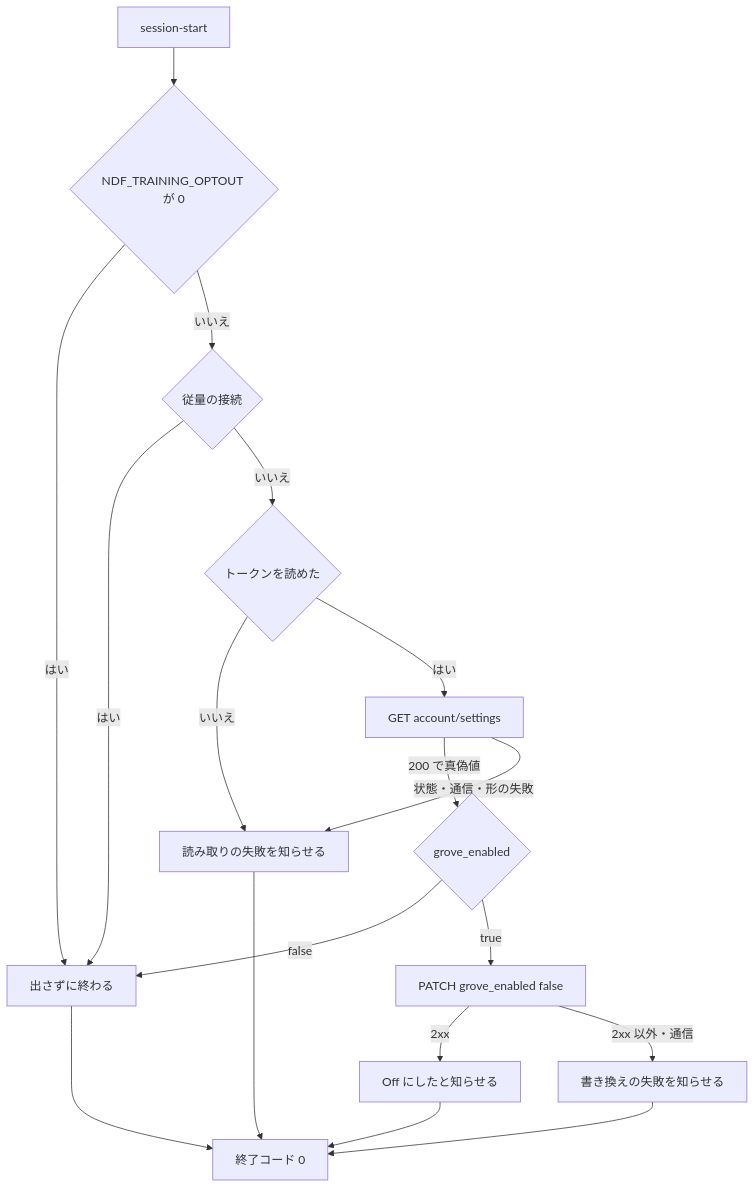
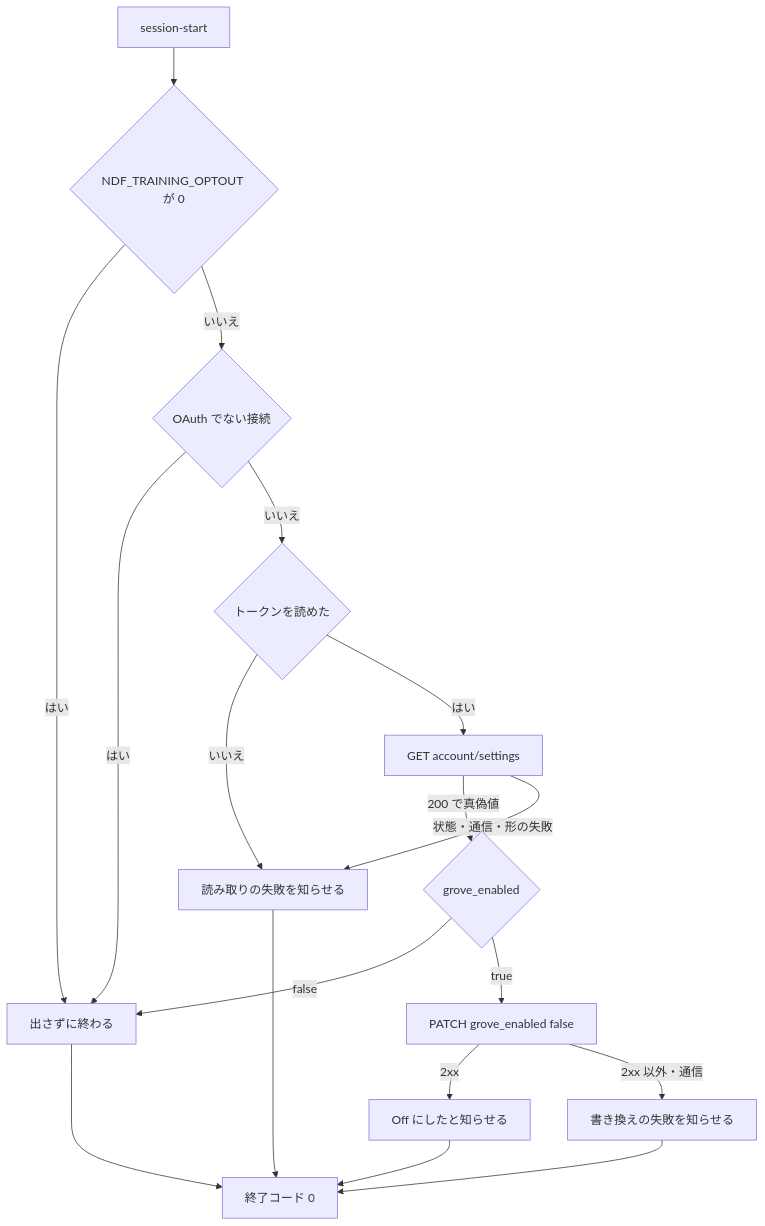
The fourth of 4 diagrams in issues/issue-1597-design.md (devbasex/ai-plugins), drawn with Mermaid before and after one commit. The commit also changed other lines of this file and 3 other files, not shown here.

````diff
--- a/issues/issue-1597-design.md
+++ b/issues/issue-1597-design.md
@@ -308,20 +309,20 @@
 ```mermaid
 graph TD
     S[session-start] --> O{NDF_TRAINING_OPTOUT が 0}
     O -->|はい| Q[出さずに終わる]
-    O -->|いいえ| M{従量の接続}
+    O -->|いいえ| M{OAuth でない接続}
     M -->|はい| Q
     M -->|いいえ| T{トークンを読めた}
     T -->|いいえ| FR[読み取りの失敗を知らせる]
     T -->|はい| G[GET account/settings]
     G -->|200 で真偽値| V{grove_enabled}
     G -->|状態・通信・形の失敗| FR
     V -->|false| Q
     V -->|true| P[PATCH grove_enabled false]
     P -->|2xx| OK[Off にしたと知らせる]
     P -->|2xx 以外・通信| FW[書き換えの失敗を知らせる]
     FR --> E[終了コード 0]
     OK --> E
     FW --> E
     Q --> E
 ```
````
